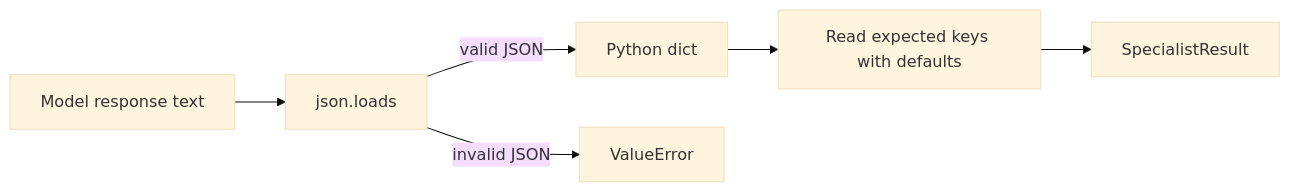
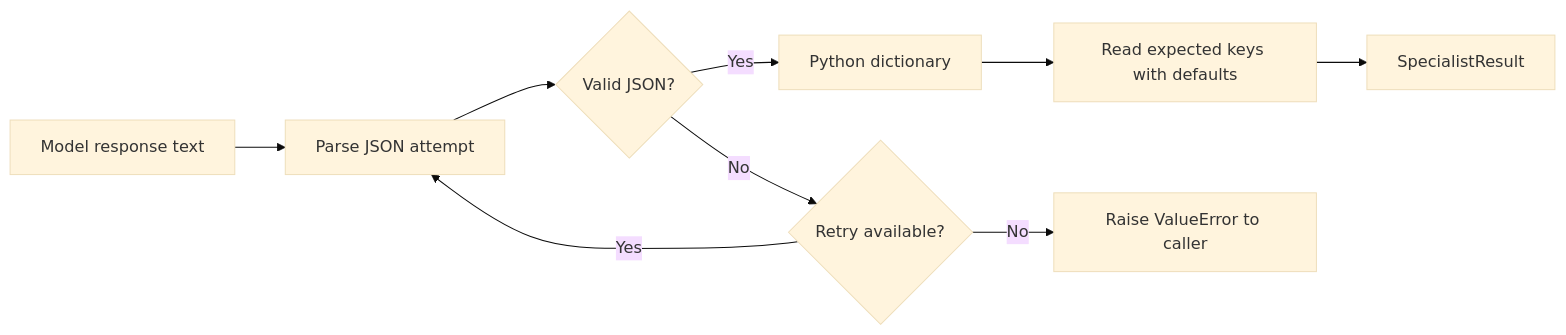
One commit to chamanthmvs/AstroWeave changed the third of 3 diagrams in docs/book/05-llms-and-prompts.md. Above: the diagram before and after it, drawn with Mermaid (base theme). The commit also changed other lines of this file and 10 other files, not shown here.

````diff
--- a/docs/book/05-llms-and-prompts.md
+++ b/docs/book/05-llms-and-prompts.md
@@ -129,8 +131,11 @@
 ```mermaid
 flowchart LR
-    Text[Model response text] --> JSON[json.loads]
-    JSON -->|valid JSON| Dict[Python dict]
-    JSON -->|invalid JSON| Error[ValueError]
-    Dict --> Fields[Read expected keys with defaults]
-    Fields --> Result[SpecialistResult]
+    Text["Model response text"] --> Parse["Parse JSON attempt"]
+    Parse --> Valid{"Valid JSON?"}
+    Valid -->|Yes| Dict["Python dictionary"]
+    Valid -->|No| Retry{"Retry available?"}
+    Retry -->|Yes| Parse
+    Retry -->|No| Error["Raise ValueError to caller"]
+    Dict --> Fields["Read expected keys with defaults"]
+    Fields --> Result["SpecialistResult"]
 ```
````
